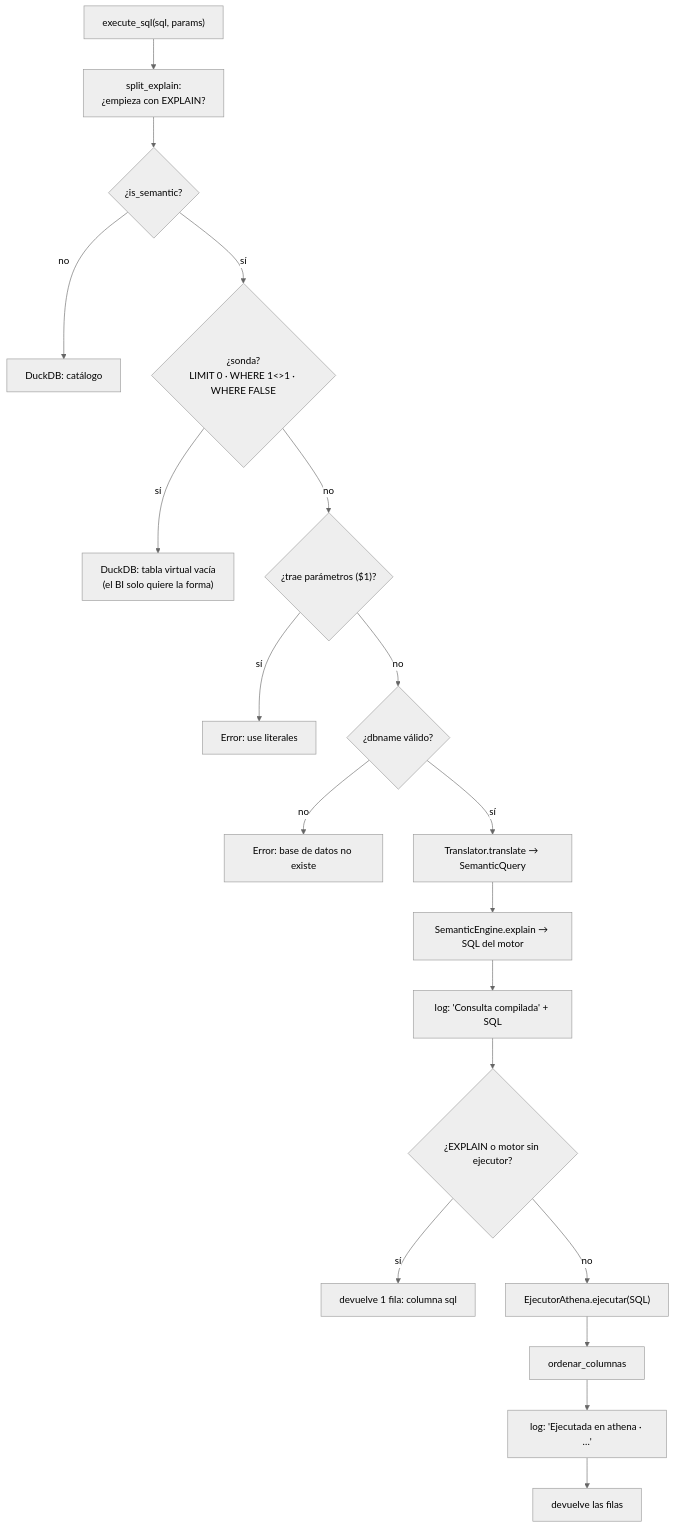
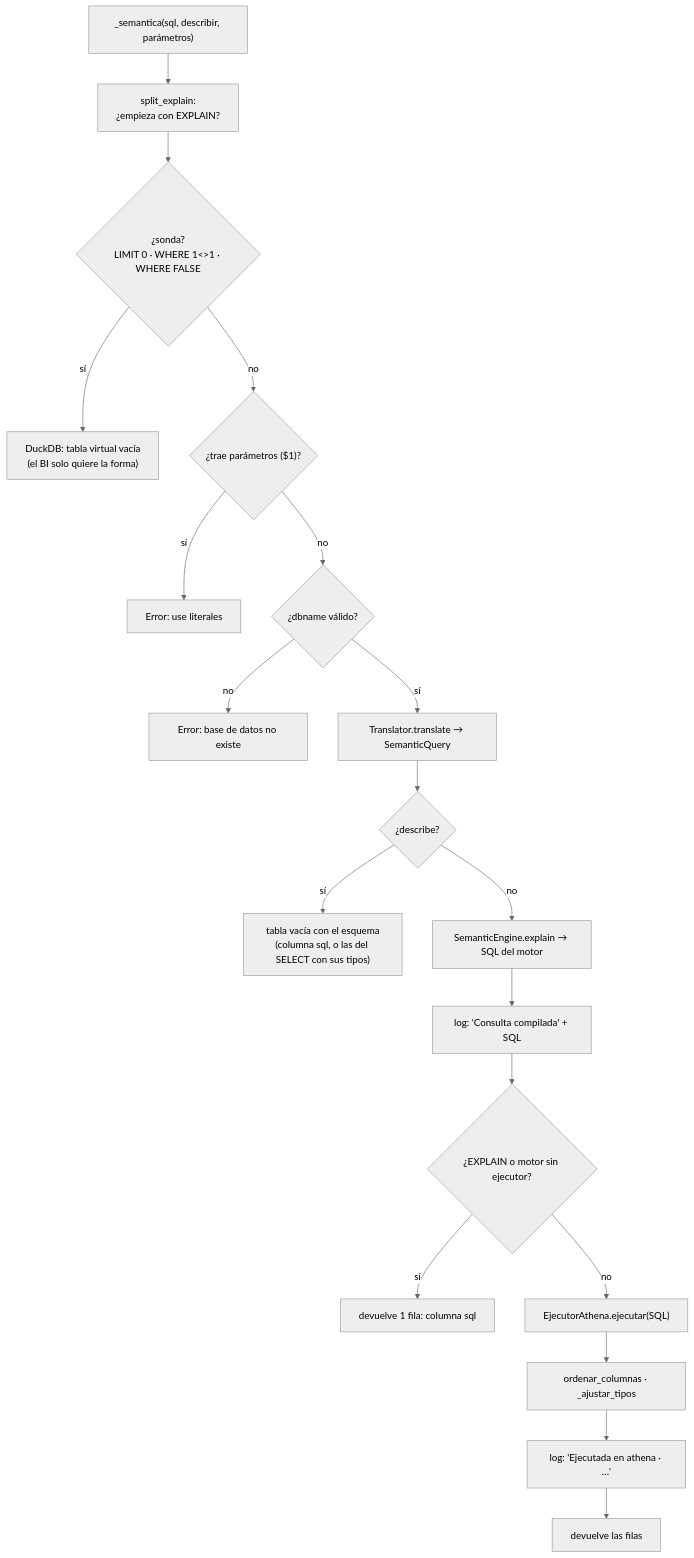
Before and after one commit to Rodarami/dbt-semantic-layer: the sixth of 8 diagrams in docs/arquitectura_gateway.md, drawn with Mermaid (neutral theme). The commit also changed other lines of this file and 24 other files, not shown here.

````diff
--- a/docs/arquitectura_gateway.md
+++ b/docs/arquitectura_gateway.md
@@ -322,21 +338,21 @@
 ```mermaid
 flowchart TB
-    A["execute_sql(sql, params)"] --> B["split_explain:<br/>¿empieza con EXPLAIN?"]
-    B --> C{"¿is_semantic?"}
-    C -- no --> CAT["DuckDB: catálogo"]
-    C -- sí --> D{"¿sonda?<br/>LIMIT 0 · WHERE 1&lt;&gt;1 · WHERE FALSE"}
+    A["_semantica(sql, describir, parámetros)"] --> B["split_explain:<br/>¿empieza con EXPLAIN?"]
+    B --> D{"¿sonda?<br/>LIMIT 0 · WHERE 1&lt;&gt;1 · WHERE FALSE"}
     D -- sí --> CAT2["DuckDB: tabla virtual vacía<br/>(el BI solo quiere la forma)"]
     D -- no --> E{"¿trae parámetros ($1)?"}
     E -- sí --> ERR1["Error: use literales"]
     E -- no --> F{"¿dbname válido?"}
     F -- no --> ERR2["Error: base de datos no existe"]
     F -- sí --> G["Translator.translate → SemanticQuery"]
-    G --> H["SemanticEngine.explain → SQL del motor"]
+    G --> DS{"¿describe?"}
+    DS -- sí --> DS1["tabla vacía con el esquema<br/>(columna sql, o las del SELECT con sus tipos)"]
+    DS -- no --> H["SemanticEngine.explain → SQL del motor"]
     H --> I["log: 'Consulta compilada' + SQL"]
     I --> J{"¿EXPLAIN o motor sin ejecutor?"}
     J -- sí --> K["devuelve 1 fila: columna sql"]
     J -- no --> L["EjecutorAthena.ejecutar(SQL)"]
-    L --> M["ordenar_columnas"]
+    L --> M["ordenar_columnas · _ajustar_tipos"]
     M --> N["log: 'Ejecutada en athena · …'"]
     N --> O["devuelve las filas"]
 ```
````
